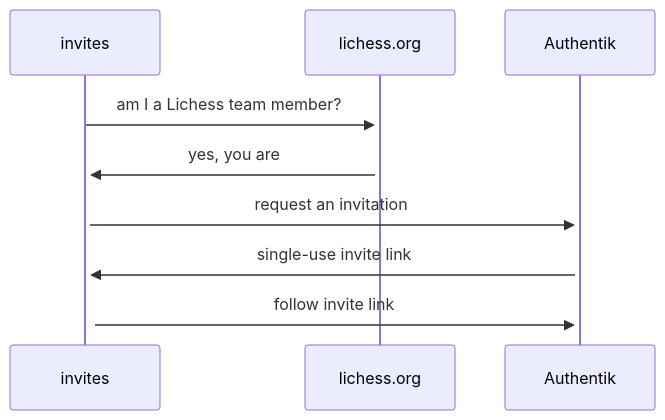
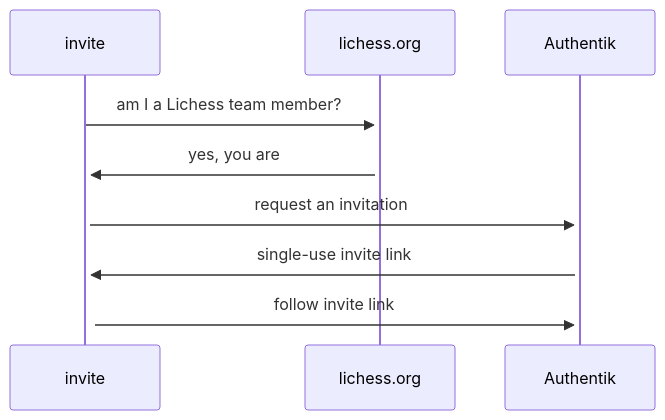
Before and after one commit to lichess-org/team: the diagram in README.md, drawn with Mermaid. The commit also changed other lines of this file, not shown here.

Commit message:
tweak readme

````diff
--- a/README.md
+++ b/README.md
@@ -1,8 +1,8 @@
 ```mermaid
 sequenceDiagram
-    invites->>+lichess.org: am I a Lichess team member?
-    lichess.org->>+invites: yes, you are
-    invites->>+Authentik: request an invitation
-    Authentik->>+invites: single-use invite link
-    invites->>+Authentik: follow invite link
+    invite->>+lichess.org: am I a Lichess team member?
+    lichess.org->>+invite: yes, you are
+    invite->>+Authentik: request an invitation
+    Authentik->>+invite: single-use invite link
+    invite->>+Authentik: follow invite link
 ```
````
